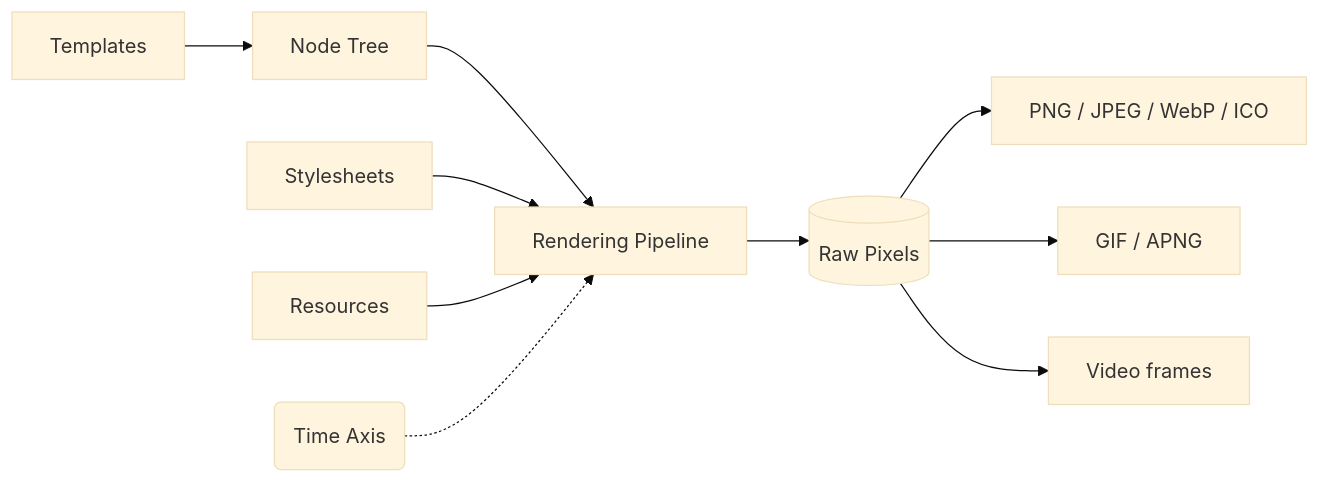
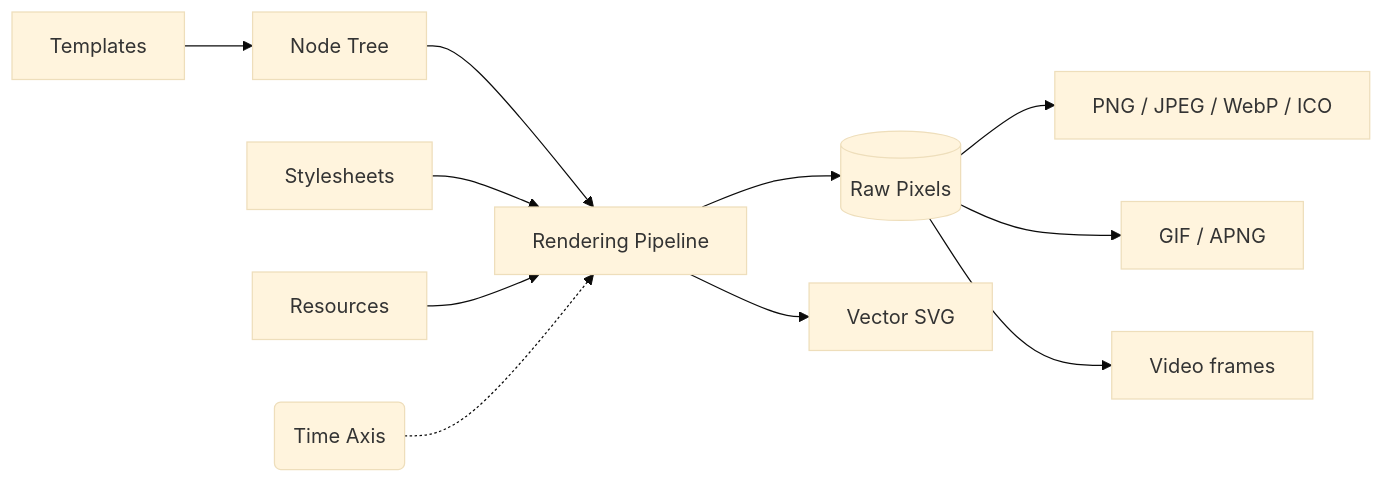
Before and after one commit to kane50613/takumi: the diagram in README.md, drawn with Mermaid (base theme). The commit also changed other lines of this file and 1 other file, not shown here.

Commit message:
Docs: surface vector SVG output in README and intro
Add renderSvg/render_svg to the comparison table, the architecture
notes, and the pipeline diagrams so the SVG backend shows up alongside
the raster and animated paths.

Claude-Session: https://claude.ai/code/session_015dXea3oK3x5NVab2D4bAVZ

````diff
--- a/README.md
+++ b/README.md
@@ -137,11 +140,14 @@
 ```mermaid
 flowchart LR
-    A[Templates] --> N[Node Tree] --> P[Rendering Pipeline] --> F[(Raw Pixels)]
+    A[Templates] --> N[Node Tree] --> P[Rendering Pipeline]
     C[Stylesheets] --> P
     R[Resources] --> P
     D(Time Axis) -.-> P
+
+    P --> F[(Raw Pixels)]
+    P --> S[Vector SVG]
 
     F --> G[PNG / JPEG / WebP / ICO]
     F --> H[GIF / APNG]
     F --> I[Video frames]
 ```
````
